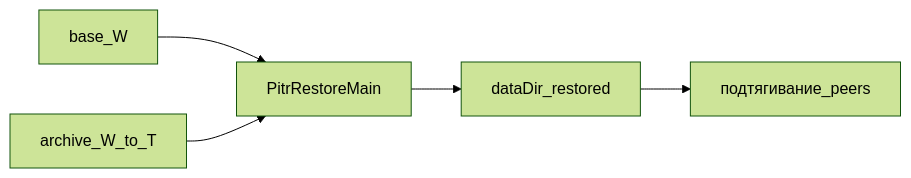
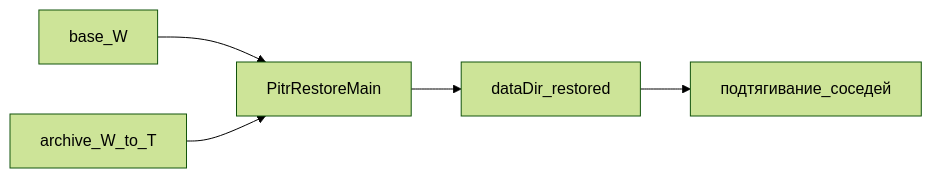
One commit to GenCloud/grid-sql changed the diagram in docs/ru/configure-and-operate/operations/pitr.md. Above: the diagram before and after it, drawn with Mermaid (forest theme). The commit also changed other lines of this file and 133 other files, not shown here.

````diff
--- a/docs/ru/configure-and-operate/operations/pitr.md
+++ b/docs/ru/configure-and-operate/operations/pitr.md
@@ -27,7 +27,7 @@
 ```mermaid
 flowchart LR
   Base[base_W] --> Restore[PitrRestoreMain]
   Arch[archive_W_to_T] --> Restore
   Restore --> DataDir[dataDir_restored]
-  DataDir --> CatchUp[подтягивание_peers]
+  DataDir --> CatchUp[подтягивание_соседей]
 ```
````
